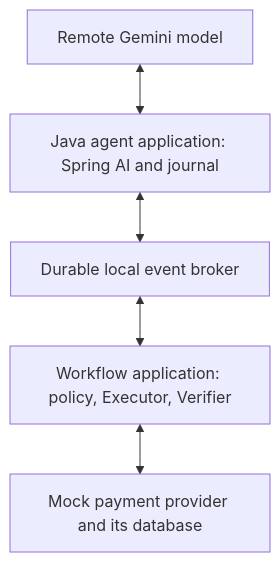
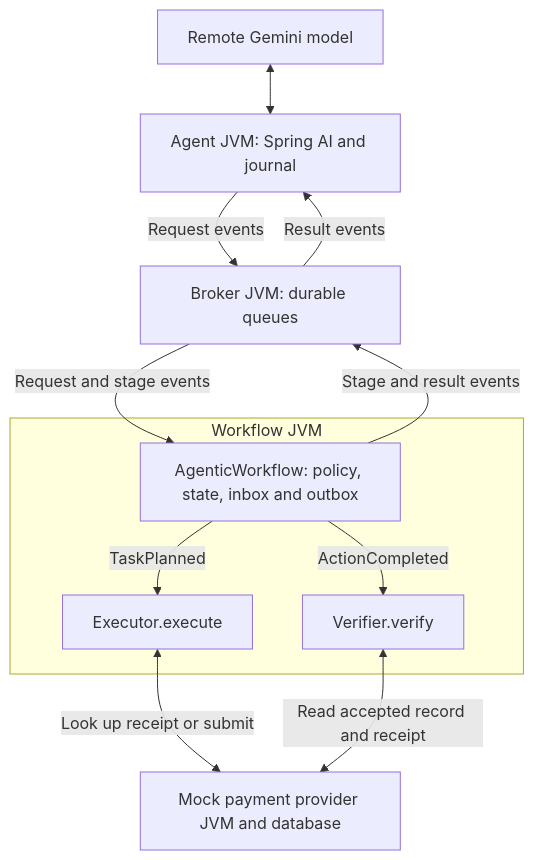
Before and after one commit to kkmurthyt21/agent-retry-demo: the diagram in README.md, drawn with Mermaid. The commit also changed other lines of this file, not shown here.

Commit message:
Clarify agent tool requests, event dispatch and provider verification

````diff
--- a/README.md
+++ b/README.md
@@ -70,7 +70,15 @@
 ```mermaid
 flowchart TD
-  G["Remote Gemini model"] <--> A["Java agent application: Spring AI and journal"]
-  A <--> B["Durable local event broker"]
-  B <--> W["Workflow application: policy, Executor, Verifier"]
-  W <--> P["Mock payment provider and its database"]
+  G["Remote Gemini model"] <--> A["Agent JVM: Spring AI and journal"]
+  A -->|"Request events"| B["Broker JVM: durable queues"]
+  B -->|"Result events"| A
+  B -->|"Request and stage events"| W
+  W -->|"Stage and result events"| B
+  subgraph Workflow["Workflow JVM"]
+    W["AgenticWorkflow: policy, state, inbox and outbox"]
+    W -->|"TaskPlanned"| E["Executor.execute"]
+    W -->|"ActionCompleted"| V["Verifier.verify"]
+  end
+  E <-->|"Look up receipt or submit"| P["Mock payment provider JVM and database"]
+  V <-->|"Read accepted record and receipt"| P
 ```
````
